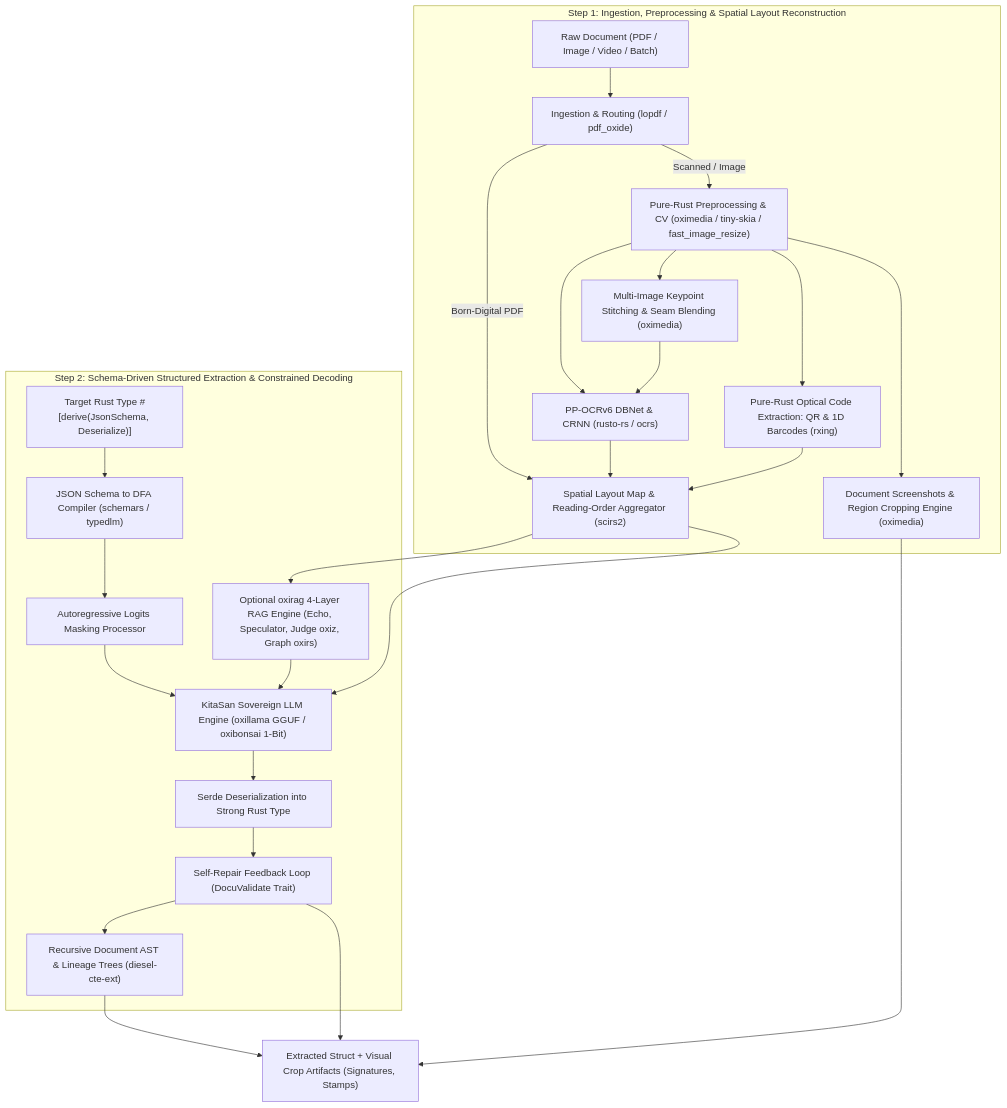
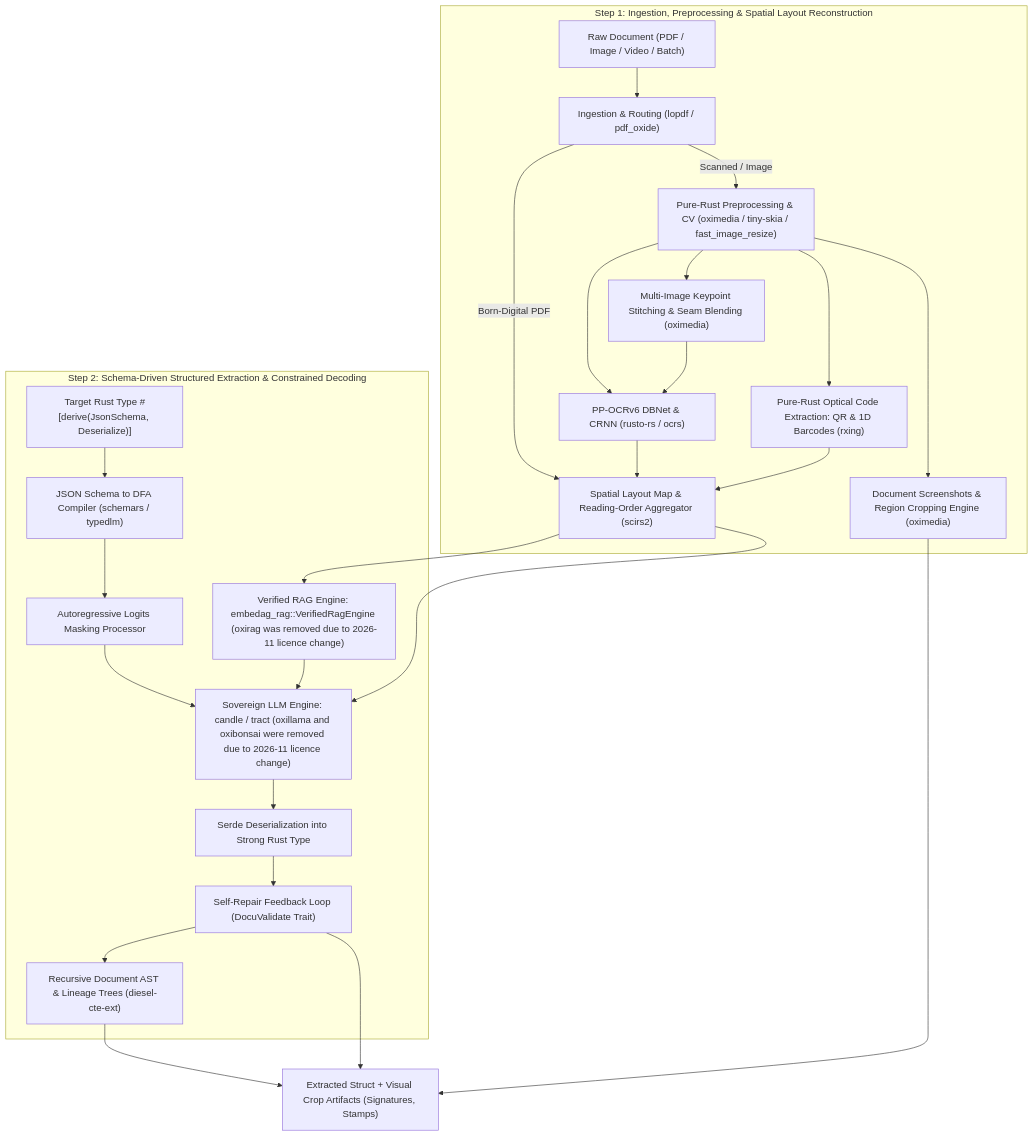
The diagram in docs/00_MASTER_SPECIFICATION.md (yasuomaidana/docula), drawn with Mermaid before and after one commit. The commit also changed other lines of this file and 28 other files, not shown here.

````diff
--- a/docs/00_MASTER_SPECIFICATION.md
+++ b/docs/00_MASTER_SPECIFICATION.md
@@ -13,42 +13,42 @@
 ```mermaid
 flowchart TD
     subgraph Step1["Step 1: Ingestion, Preprocessing & Spatial Layout Reconstruction"]
         InputDoc["Raw Document (PDF / Image / Video / Batch)"]
         Ingest["Ingestion & Routing (lopdf / pdf_oxide)"]
         Preprocess["Pure-Rust Preprocessing & CV (oximedia / tiny-skia / fast_image_resize)"]
         OCR["PP-OCRv6 DBNet & CRNN (rusto-rs / ocrs)"]
         Codes["Pure-Rust Optical Code Extraction: QR & 1D Barcodes (rxing)"]
         SpatialAgg["Spatial Layout Map & Reading-Order Aggregator (scirs2)"]
         Crops["Document Screenshots & Region Cropping Engine (oximedia)"]
         Stitch["Multi-Image Keypoint Stitching & Seam Blending (oximedia)"]
         
         InputDoc --> Ingest
         Ingest -->|Born-Digital PDF| SpatialAgg
         Ingest -->|Scanned / Image| Preprocess --> OCR --> SpatialAgg
         Preprocess --> Stitch --> OCR
         Preprocess --> Codes --> SpatialAgg
         Preprocess --> Crops
     end
 
     subgraph Step2["Step 2: Schema-Driven Structured Extraction & Constrained Decoding"]
         TargetSchema["Target Rust Type #[derive(JsonSchema, Deserialize)]"]
         SchemaCompiler["JSON Schema to DFA Compiler (schemars / typedlm)"]
         LogitsMask["Autoregressive Logits Masking Processor"]
-        LocalLLM["KitaSan Sovereign LLM Engine (oxillama GGUF / oxibonsai 1-Bit)"]
-        RAG4Layer["Optional oxirag 4-Layer RAG Engine (Echo, Speculator, Judge oxiz, Graph oxirs)"]
+        LocalLLM["Sovereign LLM Engine: candle / tract (oxillama and oxibonsai were removed due to 2026-11 licence change)"]
+        RAG4Layer["Verified RAG Engine: embedag_rag::VerifiedRagEngine (oxirag was removed due to 2026-11 licence change)"]
         DieselCTE["Recursive Document AST & Lineage Trees (diesel-cte-ext)"]
         Deser["Serde Deserialization into Strong Rust Type"]
         SelfRepair["Self-Repair Feedback Loop (DocuValidate Trait)"]
         
         SpatialAgg --> RAG4Layer
         RAG4Layer --> LocalLLM
         SpatialAgg --> LocalLLM
         TargetSchema --> SchemaCompiler --> LogitsMask --> LocalLLM
         LocalLLM --> Deser --> SelfRepair
         SelfRepair --> DieselCTE
     end
 
     Crops --> Out["Extracted Struct + Visual Crop Artifacts (Signatures, Stamps)"]
     SelfRepair --> Out
     DieselCTE --> Out
 ```
````
